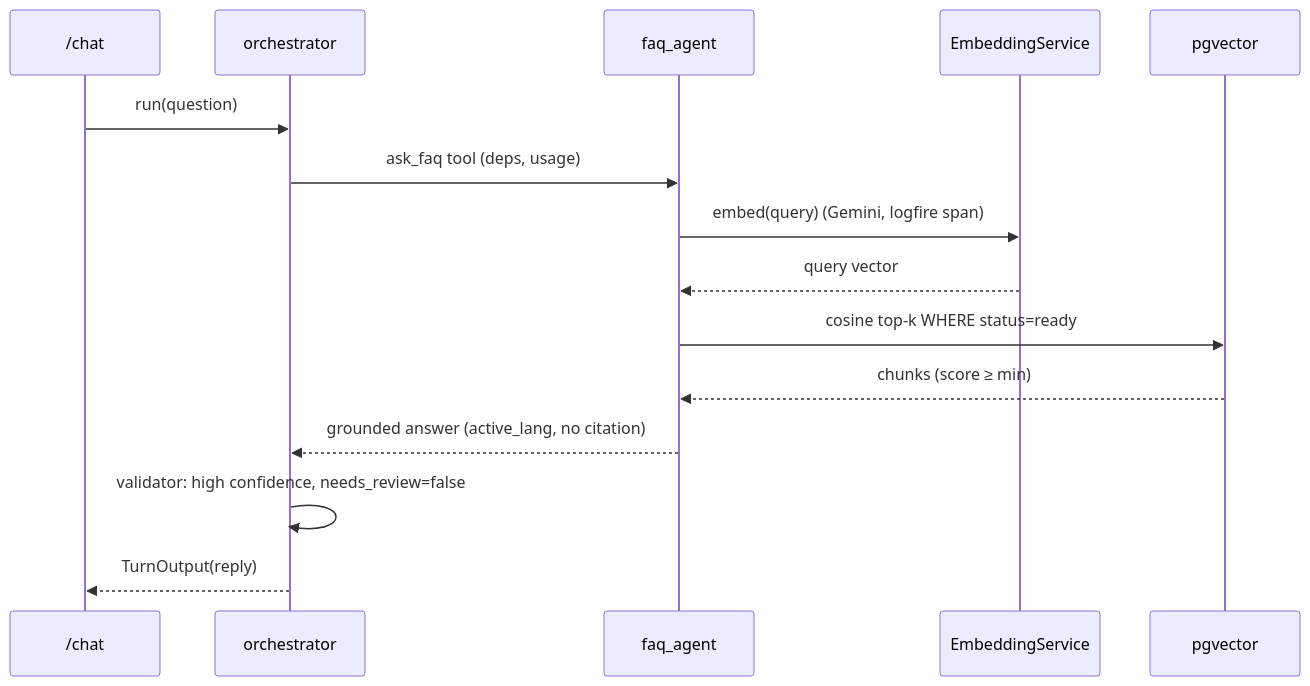
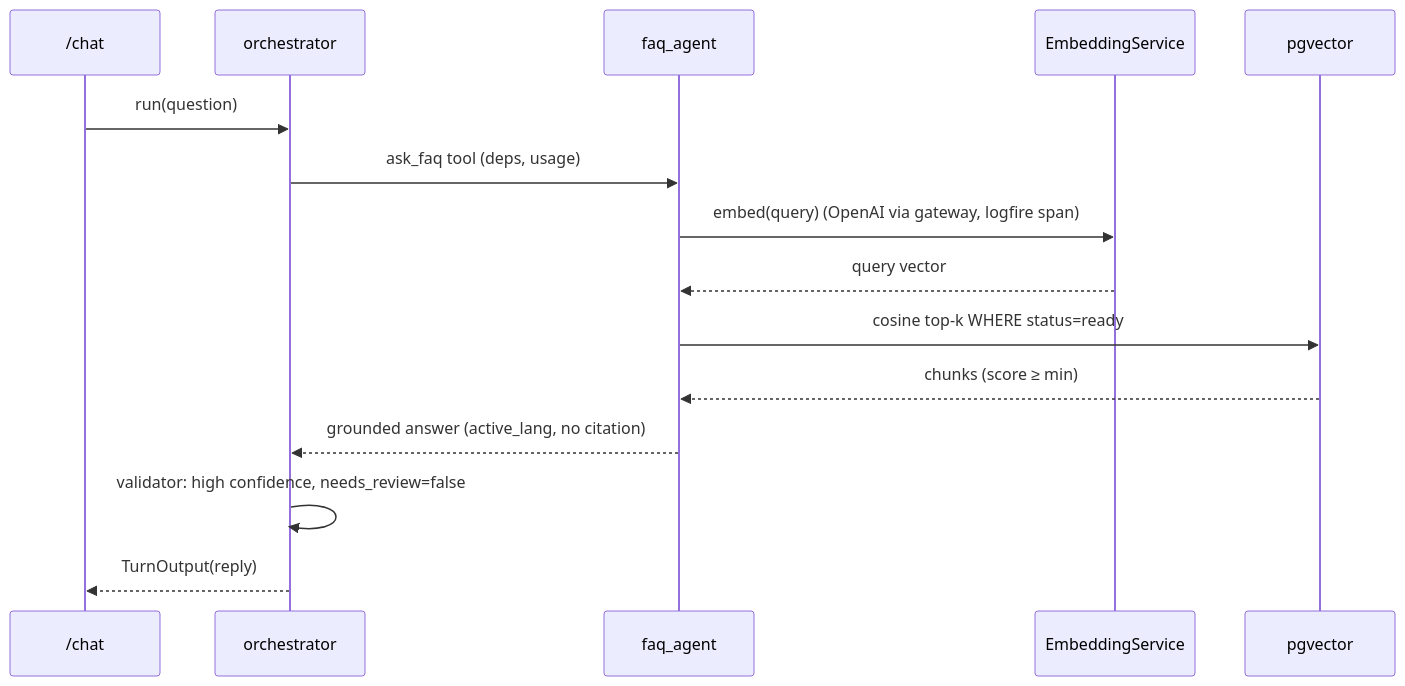
Before and after one commit to alejandrovelez243/zapp-test: the first of 2 diagrams in specs/faq-rag/design.md, drawn with Mermaid. The commit also changed other lines of this file and 5 other files, not shown here.

First line of the commit message:
chore(faq-rag): embeddings via gateway (OpenAI text-embedding-3-small, 1536, one token); full .env.example; drop unused google-genai

````diff
--- a/specs/faq-rag/design.md
+++ b/specs/faq-rag/design.md
@@ -87,17 +87,17 @@
 ```mermaid
 sequenceDiagram
   participant API as /chat
   participant Orc as orchestrator
   participant FAQ as faq_agent
   participant Emb as EmbeddingService
   participant DB as pgvector
   API->>Orc: run(question)
   Orc->>FAQ: ask_faq tool (deps, usage)
-  FAQ->>Emb: embed(query)  (Gemini, logfire span)
+  FAQ->>Emb: embed(query)  (OpenAI via gateway, logfire span)
   Emb-->>FAQ: query vector
   FAQ->>DB: cosine top-k WHERE status=ready
   DB-->>FAQ: chunks (score ≥ min)
   FAQ-->>Orc: grounded answer (active_lang, no citation)
   Orc->>Orc: validator: high confidence, needs_review=false
   Orc-->>API: TurnOutput(reply)
 ```
````
